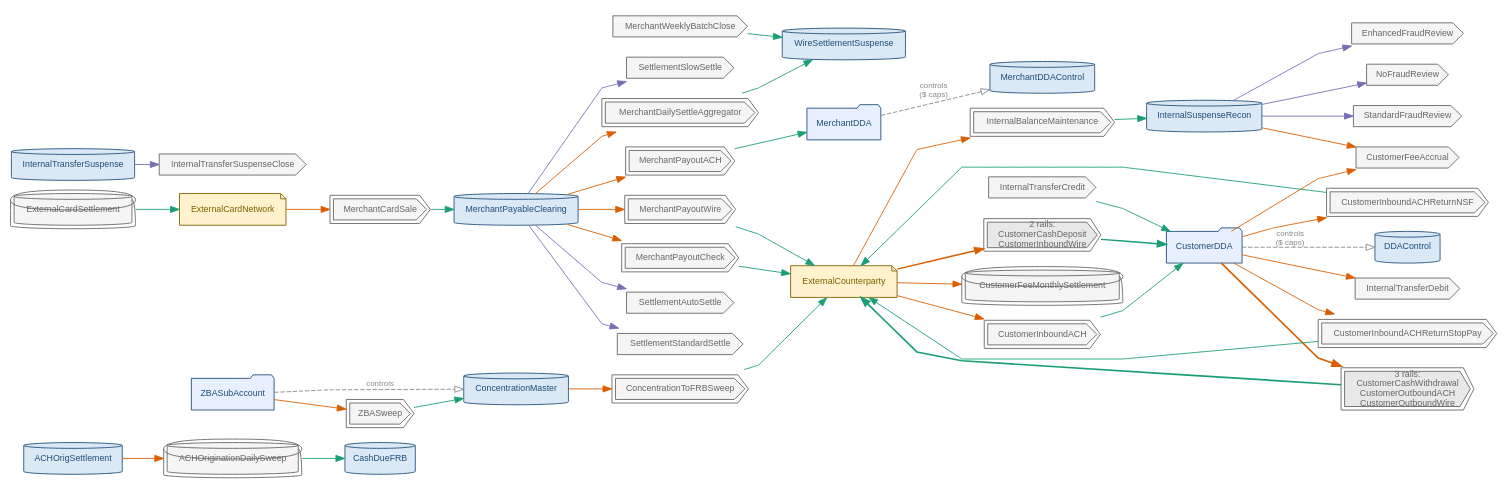
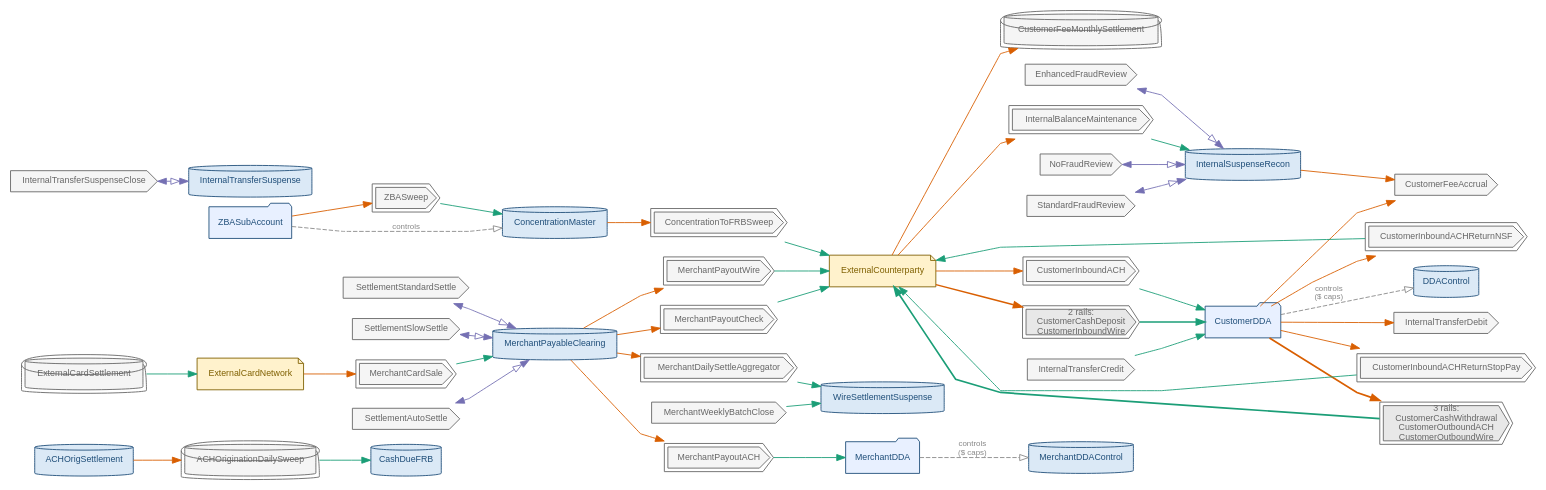
Before and after one commit to chotchki/recon-gen: the diagram in docs/audits/cf_3_diagram_spike/sasquatch_pr_cf3f/l2.dot, drawn with Graphviz. The commit also changed 14 other files, not shown here.

```diff
--- a/docs/audits/cf_3_diagram_spike/sasquatch_pr_cf3f/l2.dot
+++ b/docs/audits/cf_3_diagram_spike/sasquatch_pr_cf3f/l2.dot
@@ -1,99 +1,99 @@
 // L2 topology (rails as nodes) for instance 'spike'
 digraph l2_topology_per_rail_spike {
 	mclimit=10.0 nodesep=0.15 overlap=false rankdir=LR ranksep=0.35 splines=polyline
 	node [fontname=Helvetica fontsize=10 style="filled,rounded"]
 	edge [fontname=Helvetica fontsize=9]
 	role__ACHOrigSettlement [label=ACHOrigSettlement color="#1f4e79" fillcolor="#dbe9f6" fontcolor="#1f4e79" shape=cylinder]
 	role__CashDueFRB [label=CashDueFRB color="#1f4e79" fillcolor="#dbe9f6" fontcolor="#1f4e79" shape=cylinder]
 	role__ConcentrationMaster [label=ConcentrationMaster color="#1f4e79" fillcolor="#dbe9f6" fontcolor="#1f4e79" shape=cylinder]
 	role__CustomerDDA [label=CustomerDDA color="#1f4e79" fillcolor="#e8f0ff" fontcolor="#1f4e79" shape=folder]
 	role__DDAControl [label=DDAControl color="#1f4e79" fillcolor="#dbe9f6" fontcolor="#1f4e79" shape=cylinder]
 	role__ExternalCardNetwork [label=ExternalCardNetwork color="#7f6000" fillcolor="#fff2cc" fontcolor="#7f6000" shape=note]
 	role__ExternalCounterparty [label=ExternalCounterparty color="#7f6000" fillcolor="#fff2cc" fontcolor="#7f6000" shape=note]
 	role__InternalSuspenseRecon [label=InternalSuspenseRecon color="#1f4e79" fillcolor="#dbe9f6" fontcolor="#1f4e79" shape=cylinder]
 	role__InternalTransferSuspense [label=InternalTransferSuspense color="#1f4e79" fillcolor="#dbe9f6" fontcolor="#1f4e79" shape=cylinder]
 	role__MerchantDDA [label=MerchantDDA color="#1f4e79" fillcolor="#e8f0ff" fontcolor="#1f4e79" shape=folder]
 	role__MerchantDDAControl [label=MerchantDDAControl color="#1f4e79" fillcolor="#dbe9f6" fontcolor="#1f4e79" shape=cylinder]
 	role__MerchantPayableClearing [label=MerchantPayableClearing color="#1f4e79" fillcolor="#dbe9f6" fontcolor="#1f4e79" shape=cylinder]
 	role__WireSettlementSuspense [label=WireSettlementSuspense color="#1f4e79" fillcolor="#dbe9f6" fontcolor="#1f4e79" shape=cylinder]
 	role__ZBASubAccount [label=ZBASubAccount color="#1f4e79" fillcolor="#e8f0ff" fontcolor="#1f4e79" shape=folder]
 	rail__CustomerInboundACH [label=CustomerInboundACH color="#666666" fillcolor="#f5f5f5" fontcolor="#666666" peripheries=2 shape=cds style=filled]
 	rail__InternalTransferDebit [label=InternalTransferDebit color="#666666" fillcolor="#f5f5f5" fontcolor="#666666" shape=cds style=filled]
 	rail__InternalTransferCredit [label=InternalTransferCredit color="#666666" fillcolor="#f5f5f5" fontcolor="#666666" shape=cds style=filled]
 	rail__InternalTransferSuspenseClose [label=InternalTransferSuspenseClose color="#666666" fillcolor="#f5f5f5" fontcolor="#666666" shape=cds style=filled]
 	rail__CustomerFeeAccrual [label=CustomerFeeAccrual color="#666666" fillcolor="#f5f5f5" fontcolor="#666666" shape=cds style=filled]
 	rail__ZBASweep [label=ZBASweep color="#666666" fillcolor="#f5f5f5" fontcolor="#666666" peripheries=2 shape=cds style=filled]
 	rail__ConcentrationToFRBSweep [label=ConcentrationToFRBSweep color="#666666" fillcolor="#f5f5f5" fontcolor="#666666" peripheries=2 shape=cds style=filled]
 	rail__ACHOriginationDailySweep [label=ACHOriginationDailySweep color="#666666" fillcolor="#f5f5f5" fontcolor="#666666" peripheries=2 shape=cylinder style=filled]
 	rail__CustomerFeeMonthlySettlement [label=CustomerFeeMonthlySettlement color="#666666" fillcolor="#f5f5f5" fontcolor="#666666" peripheries=2 shape=cylinder style=filled]
 	rail__InternalBalanceMaintenance [label=InternalBalanceMaintenance color="#666666" fillcolor="#f5f5f5" fontcolor="#666666" peripheries=2 shape=cds style=filled]
 	rail__CustomerInboundACHReturnNSF [label=CustomerInboundACHReturnNSF color="#666666" fillcolor="#f5f5f5" fontcolor="#666666" peripheries=2 shape=cds style=filled]
 	rail__CustomerInboundACHReturnStopPay [label=CustomerInboundACHReturnStopPay color="#666666" fillcolor="#f5f5f5" fontcolor="#666666" peripheries=2 shape=cds style=filled]
 	rail__MerchantCardSale [label=MerchantCardSale color="#666666" fillcolor="#f5f5f5" fontcolor="#666666" peripheries=2 shape=cds style=filled]
 	rail__MerchantPayoutACH [label=MerchantPayoutACH color="#666666" fillcolor="#f5f5f5" fontcolor="#666666" peripheries=2 shape=cds style=filled]
 	rail__MerchantPayoutWire [label=MerchantPayoutWire color="#666666" fillcolor="#f5f5f5" fontcolor="#666666" peripheries=2 shape=cds style=filled]
 	rail__MerchantPayoutCheck [label=MerchantPayoutCheck color="#666666" fillcolor="#f5f5f5" fontcolor="#666666" peripheries=2 shape=cds style=filled]
 	rail__ExternalCardSettlement [label=ExternalCardSettlement color="#666666" fillcolor="#f5f5f5" fontcolor="#666666" peripheries=2 shape=cylinder style=filled]
 	rail__SettlementAutoSettle [label=SettlementAutoSettle color="#666666" fillcolor="#f5f5f5" fontcolor="#666666" shape=cds style=filled]
 	rail__SettlementStandardSettle [label=SettlementStandardSettle color="#666666" fillcolor="#f5f5f5" fontcolor="#666666" shape=cds style=filled]
 	rail__SettlementSlowSettle [label=SettlementSlowSettle color="#666666" fillcolor="#f5f5f5" fontcolor="#666666" shape=cds style=filled]
 	rail__NoFraudReview [label=NoFraudReview color="#666666" fillcolor="#f5f5f5" fontcolor="#666666" shape=cds style=filled]
 	rail__StandardFraudReview [label=StandardFraudReview color="#666666" fillcolor="#f5f5f5" fontcolor="#666666" shape=cds style=filled]
 	rail__EnhancedFraudReview [label=EnhancedFraudReview color="#666666" fillcolor="#f5f5f5" fontcolor="#666666" shape=cds style=filled]
 	rail__MerchantDailySettleAggregator [label=MerchantDailySettleAggregator color="#666666" fillcolor="#f5f5f5" fontcolor="#666666" peripheries=2 shape=cds style=filled]
 	rail__MerchantWeeklyBatchClose [label=MerchantWeeklyBatchClose color="#666666" fillcolor="#f5f5f5" fontcolor="#666666" shape=cds style=filled]
 	rail__bundle_0 [label="2 rails:
 CustomerCashDeposit
 CustomerInboundWire" color="#666666" fillcolor="#e8e8e8" fontcolor="#666666" peripheries=2 shape=cds style=filled]
 	rail__bundle_1 [label="3 rails:
 CustomerCashWithdrawal
 CustomerOutboundACH
 CustomerOutboundWire" color="#666666" fillcolor="#e8e8e8" fontcolor="#666666" peripheries=2 shape=cds style=filled]
 	role__ExternalCounterparty -> rail__CustomerInboundACH [arrowhead=normal color="#d95f02"]
 	rail__CustomerInboundACH -> role__CustomerDDA [arrowhead=normal color="#1b9e77"]
 	role__CustomerDDA -> rail__InternalTransferDebit [arrowhead=normal color="#d95f02"]
 	rail__InternalTransferCredit -> role__CustomerDDA [arrowhead=normal color="#1b9e77"]
-	role__InternalTransferSuspense -> rail__InternalTransferSuspenseClose [arrowhead=normal color="#7570b3"]
+	rail__InternalTransferSuspenseClose -> role__InternalTransferSuspense [arrowhead=normalonormal color="#7570b3" dir=both]
 	role__CustomerDDA -> rail__CustomerFeeAccrual [arrowhead=normal color="#d95f02"]
 	role__InternalSuspenseRecon -> rail__CustomerFeeAccrual [arrowhead=normal color="#d95f02"]
 	role__ZBASubAccount -> rail__ZBASweep [arrowhead=normal color="#d95f02"]
 	rail__ZBASweep -> role__ConcentrationMaster [arrowhead=normal color="#1b9e77"]
 	role__ConcentrationMaster -> rail__ConcentrationToFRBSweep [arrowhead=normal color="#d95f02"]
 	rail__ConcentrationToFRBSweep -> role__ExternalCounterparty [arrowhead=normal color="#1b9e77"]
 	role__ACHOrigSettlement -> rail__ACHOriginationDailySweep [arrowhead=normal color="#d95f02"]
 	rail__ACHOriginationDailySweep -> role__CashDueFRB [arrowhead=normal color="#1b9e77"]
 	role__ExternalCounterparty -> rail__CustomerFeeMonthlySettlement [arrowhead=normal color="#d95f02"]
 	role__ExternalCounterparty -> rail__InternalBalanceMaintenance [arrowhead=normal color="#d95f02"]
 	rail__InternalBalanceMaintenance -> role__InternalSuspenseRecon [arrowhead=normal color="#1b9e77"]
 	role__CustomerDDA -> rail__CustomerInboundACHReturnNSF [arrowhead=normal color="#d95f02"]
 	rail__CustomerInboundACHReturnNSF -> role__ExternalCounterparty [arrowhead=normal color="#1b9e77"]
 	role__CustomerDDA -> rail__CustomerInboundACHReturnStopPay [arrowhead=normal color="#d95f02"]
 	rail__CustomerInboundACHReturnStopPay -> role__ExternalCounterparty [arrowhead=normal color="#1b9e77"]
 	role__ExternalCardNetwork -> rail__MerchantCardSale [arrowhead=normal color="#d95f02"]
 	rail__MerchantCardSale -> role__MerchantPayableClearing [arrowhead=normal color="#1b9e77"]
 	role__MerchantPayableClearing -> rail__MerchantPayoutACH [arrowhead=normal color="#d95f02"]
 	rail__MerchantPayoutACH -> role__MerchantDDA [arrowhead=normal color="#1b9e77"]
 	role__MerchantPayableClearing -> rail__MerchantPayoutWire [arrowhead=normal color="#d95f02"]
 	rail__MerchantPayoutWire -> role__ExternalCounterparty [arrowhead=normal color="#1b9e77"]
 	role__MerchantPayableClearing -> rail__MerchantPayoutCheck [arrowhead=normal color="#d95f02"]
 	rail__MerchantPayoutCheck -> role__ExternalCounterparty [arrowhead=normal color="#1b9e77"]
 	rail__ExternalCardSettlement -> role__ExternalCardNetwork [arrowhead=normal color="#1b9e77"]
-	role__MerchantPayableClearing -> rail__SettlementAutoSettle [arrowhead=normal color="#7570b3"]
-	role__MerchantPayableClearing -> rail__SettlementStandardSettle [arrowhead=normal color="#7570b3"]
-	role__MerchantPayableClearing -> rail__SettlementSlowSettle [arrowhead=normal color="#7570b3"]
-	role__InternalSuspenseRecon -> rail__NoFraudReview [arrowhead=normal color="#7570b3"]
-	role__InternalSuspenseRecon -> rail__StandardFraudReview [arrowhead=normal color="#7570b3"]
-	role__InternalSuspenseRecon -> rail__EnhancedFraudReview [arrowhead=normal color="#7570b3"]
+	rail__SettlementAutoSettle -> role__MerchantPayableClearing [arrowhead=normalonormal color="#7570b3" dir=both]
+	rail__SettlementStandardSettle -> role__MerchantPayableClearing [arrowhead=normalonormal color="#7570b3" dir=both]
+	rail__SettlementSlowSettle -> role__MerchantPayableClearing [arrowhead=normalonormal color="#7570b3" dir=both]
+	rail__NoFraudReview -> role__InternalSuspenseRecon [arrowhead=normalonormal color="#7570b3" dir=both]
+	rail__StandardFraudReview -> role__InternalSuspenseRecon [arrowhead=normalonormal color="#7570b3" dir=both]
+	rail__EnhancedFraudReview -> role__InternalSuspenseRecon [arrowhead=normalonormal color="#7570b3" dir=both]
 	role__MerchantPayableClearing -> rail__MerchantDailySettleAggregator [arrowhead=normal color="#d95f02"]
 	rail__MerchantDailySettleAggregator -> role__WireSettlementSuspense [arrowhead=normal color="#1b9e77"]
 	rail__MerchantWeeklyBatchClose -> role__WireSettlementSuspense [arrowhead=normal color="#1b9e77"]
 	role__ExternalCounterparty -> rail__bundle_0 [arrowhead=normal color="#d95f02" penwidth=1.6]
 	rail__bundle_0 -> role__CustomerDDA [arrowhead=normal color="#1b9e77" penwidth=1.6]
 	role__CustomerDDA -> rail__bundle_1 [arrowhead=normal color="#d95f02" penwidth=1.9]
 	rail__bundle_1 -> role__ExternalCounterparty [arrowhead=normal color="#1b9e77" penwidth=1.9]
 	role__CustomerDDA -> role__DDAControl [label="controls
 ($ caps)" arrowhead=onormal color="#888888" fontcolor="#888888" style=dashed]
 	role__MerchantDDA -> role__MerchantDDAControl [label="controls
 ($ caps)" arrowhead=onormal color="#888888" fontcolor="#888888" style=dashed]
 	role__ZBASubAccount -> role__ConcentrationMaster [label=controls arrowhead=onormal color="#888888" fontcolor="#888888" style=dashed]
 }
```
